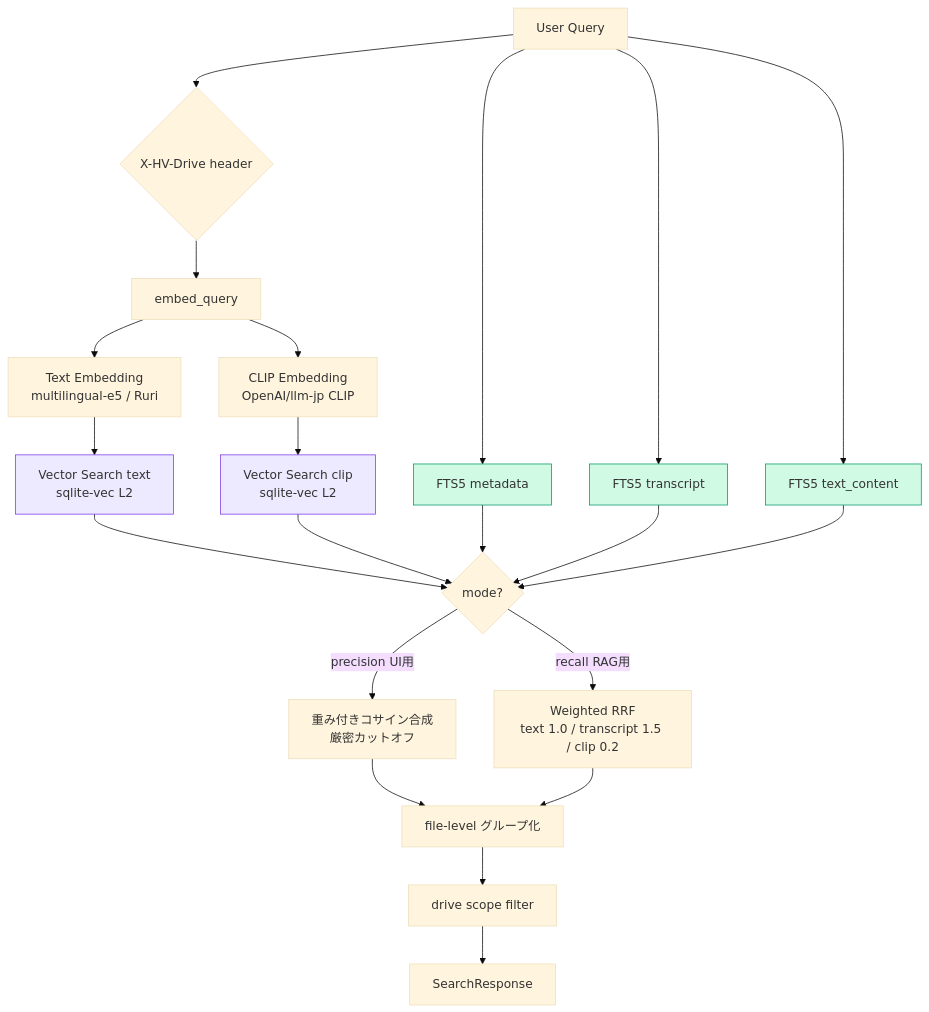
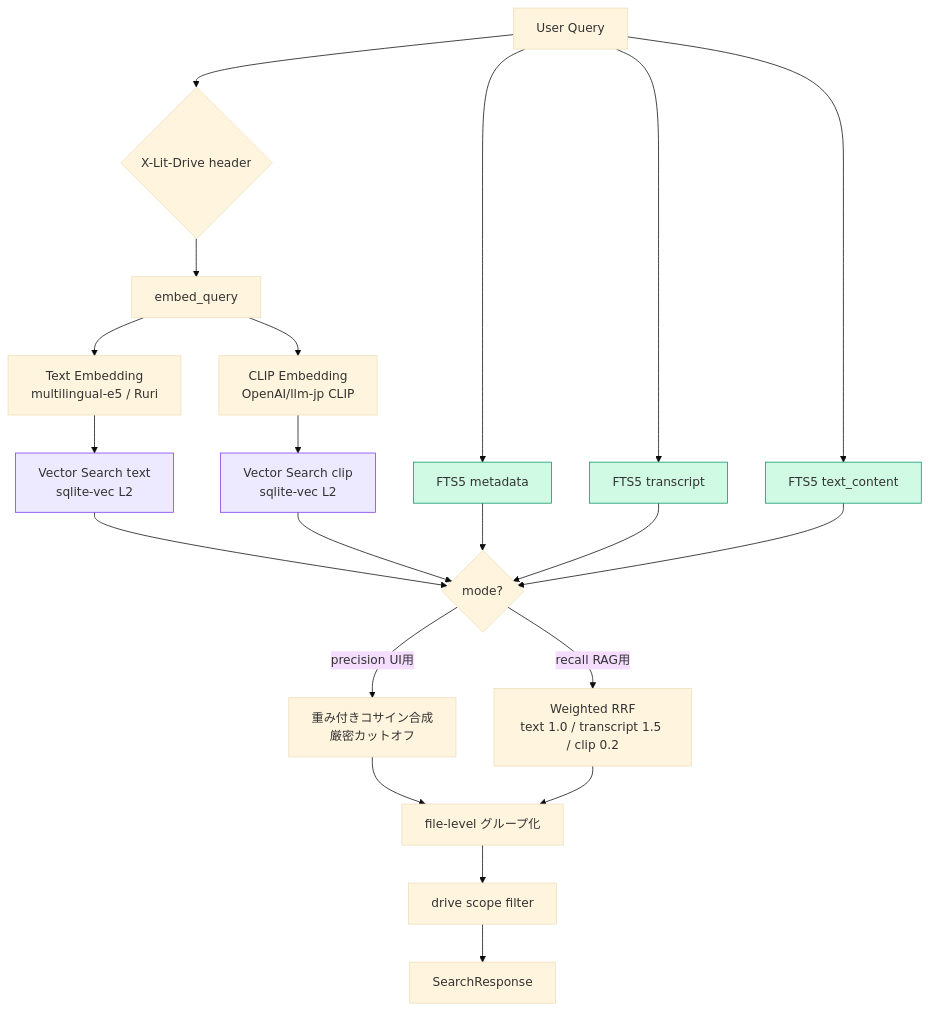
The fifth of 6 diagrams in docs/FEATURE-MAP.md (mamepenguin/Litloft), drawn with Mermaid (base theme) before and after one commit. The commit also changed 17 other files, not shown here.

Commit message:
rename: hv_ → lit_ prefix, X-HV-Drive → X-Lit-Drive

````diff
--- a/docs/FEATURE-MAP.md
+++ b/docs/FEATURE-MAP.md
@@ -186,26 +186,26 @@
 ```mermaid
 flowchart TD
-  Q[User Query] --> H{X-HV-Drive header}
+  Q[User Query] --> H{X-Lit-Drive header}
   H --> E[embed_query]
   E --> ET[Text Embedding<br/>multilingual-e5 / Ruri]
   E --> EC[CLIP Embedding<br/>OpenAI/llm-jp CLIP]
 
   ET --> S1[Vector Search text<br/>sqlite-vec L2]
   EC --> S2[Vector Search clip<br/>sqlite-vec L2]
   Q --> S3[FTS5 metadata]
   Q --> S4[FTS5 transcript]
   Q --> S5[FTS5 text_content]
 
   S1 & S2 & S3 & S4 & S5 --> MODE{mode?}
   MODE -->|precision UI用| P[重み付きコサイン合成<br/>厳密カットオフ]
   MODE -->|recall RAG用| R[Weighted RRF<br/>text 1.0 / transcript 1.5 / clip 0.2]
 
   P & R --> G[file-level グループ化]
   G --> F[drive scope filter]
   F --> OUT[SearchResponse]
 
   classDef vec fill:#ede9fe,stroke:#7c3aed
   classDef fts fill:#d1fae5,stroke:#059669
   class S1,S2 vec
   class S3,S4,S5 fts
 ```
````
